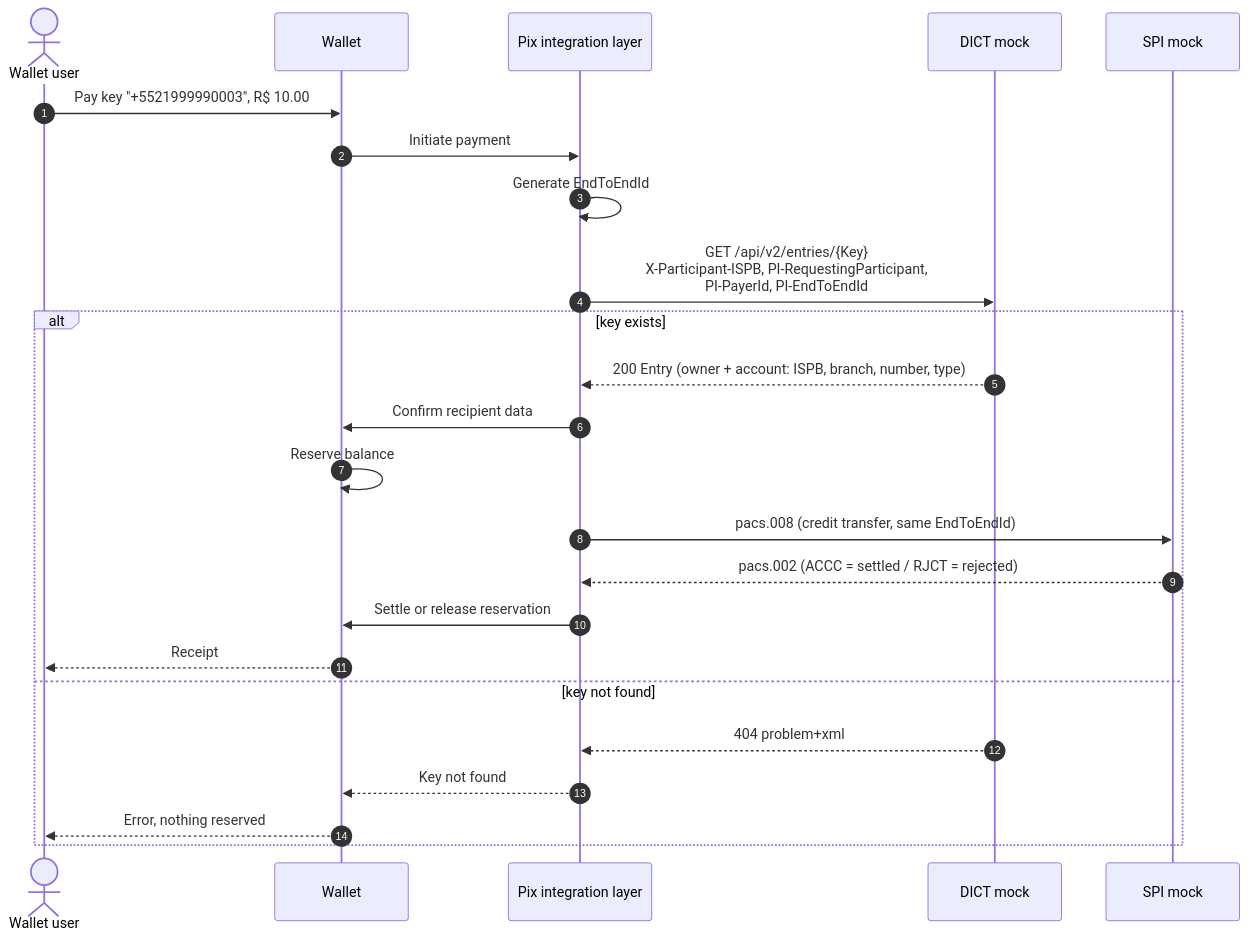
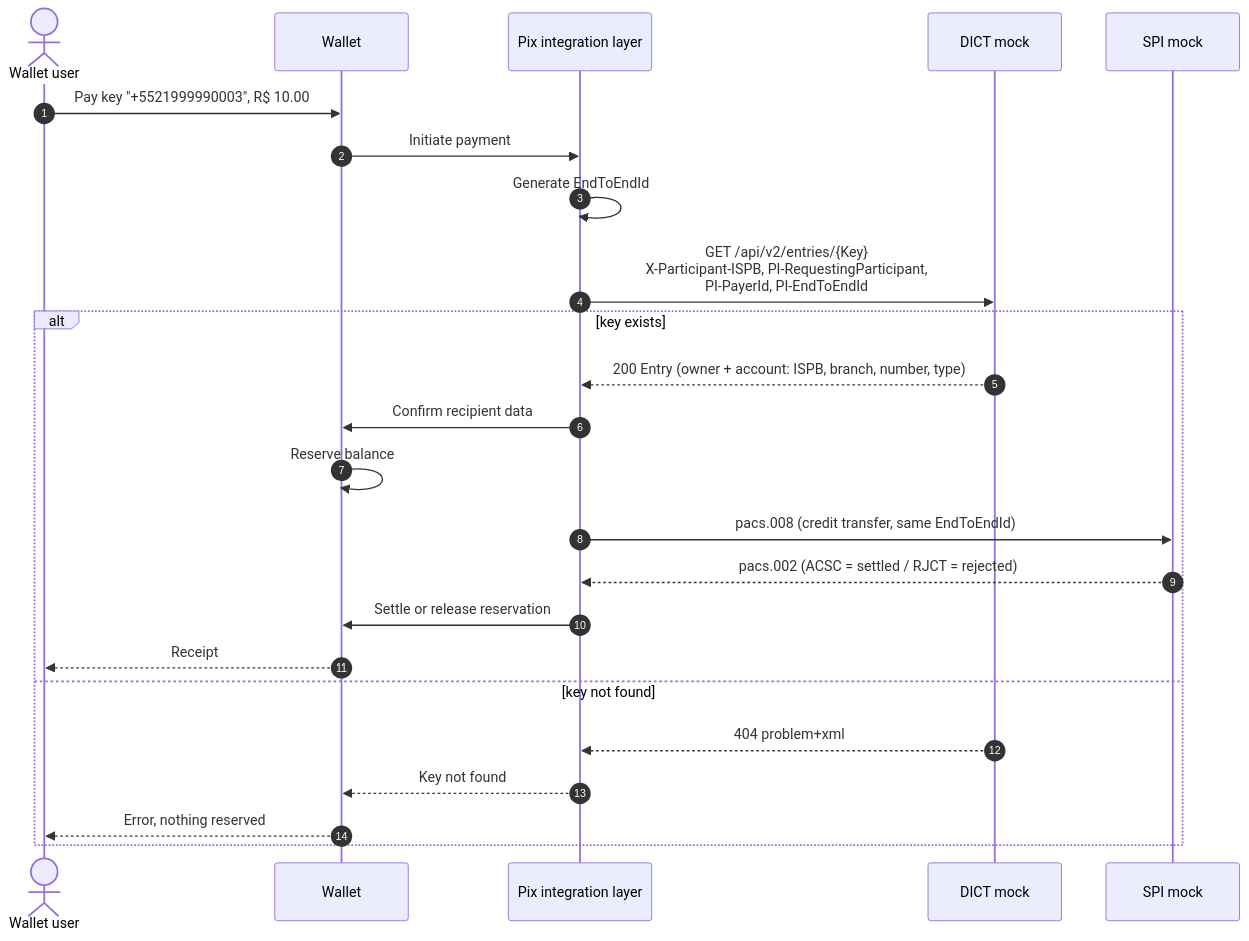
One commit to piovani/pix_fake changed the second of 5 diagrams in docs/architecture.md. Above: the diagram before and after it, drawn with Mermaid. The commit also changed other lines of this file and 5 other files, not shown here.

````diff
--- a/docs/architecture.md
+++ b/docs/architecture.md
@@ -49,27 +49,27 @@
 ```mermaid
 sequenceDiagram
     autonumber
     actor U as Wallet user
     participant W as Wallet
     participant P as Pix integration layer
     participant D as DICT mock
     participant S as SPI mock
 
     U->>W: Pay key "+5521999990003", R$ 10.00
     W->>P: Initiate payment
     P->>P: Generate EndToEndId
     P->>D: GET /api/v2/entries/{Key}<br/>X-Participant-ISPB, PI-RequestingParticipant,<br/>PI-PayerId, PI-EndToEndId
     alt key exists
         D-->>P: 200 Entry (owner + account: ISPB, branch, number, type)
         P->>W: Confirm recipient data
         W->>W: Reserve balance
         P->>S: pacs.008 (credit transfer, same EndToEndId)
-        S-->>P: pacs.002 (ACCC = settled / RJCT = rejected)
+        S-->>P: pacs.002 (ACSC = settled / RJCT = rejected)
         P->>W: Settle or release reservation
         W-->>U: Receipt
     else key not found
         D-->>P: 404 problem+xml
         P-->>W: Key not found
         W-->>U: Error, nothing reserved
     end
 ```
````
